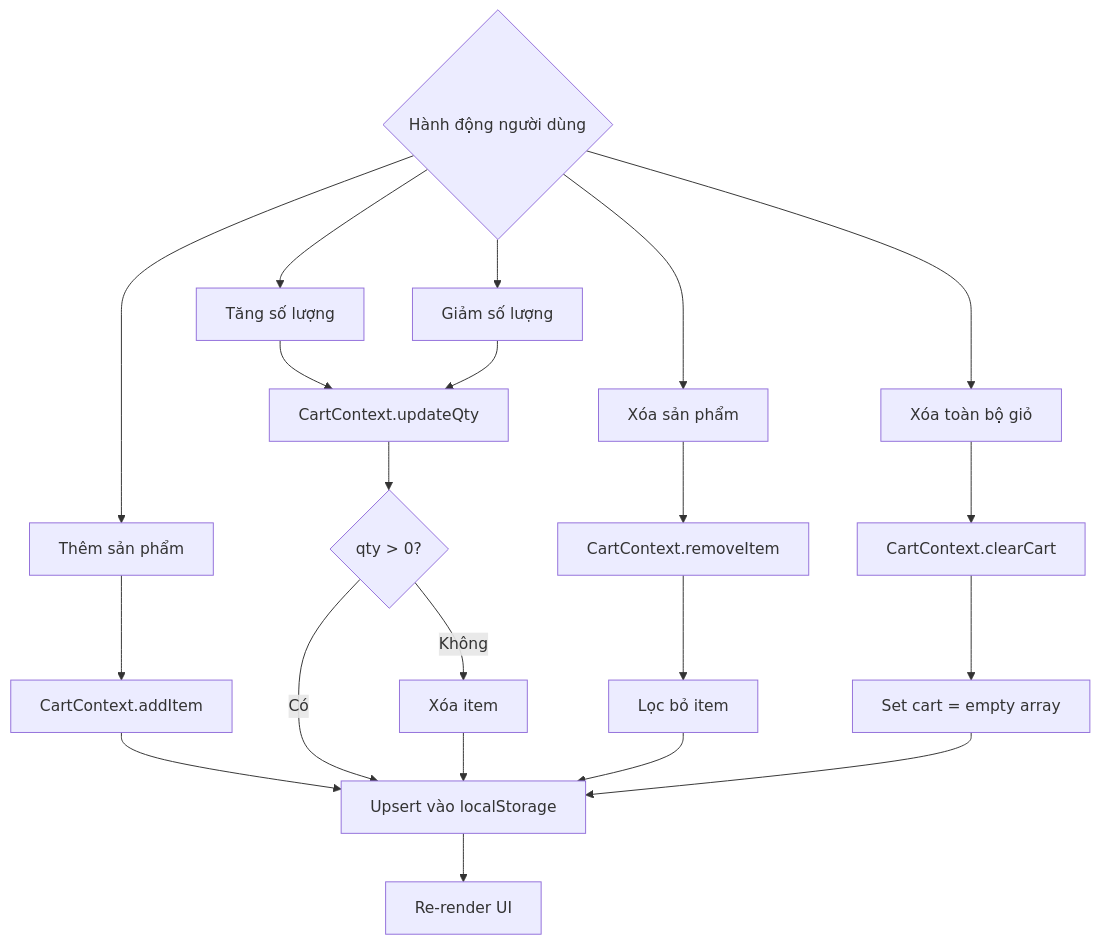
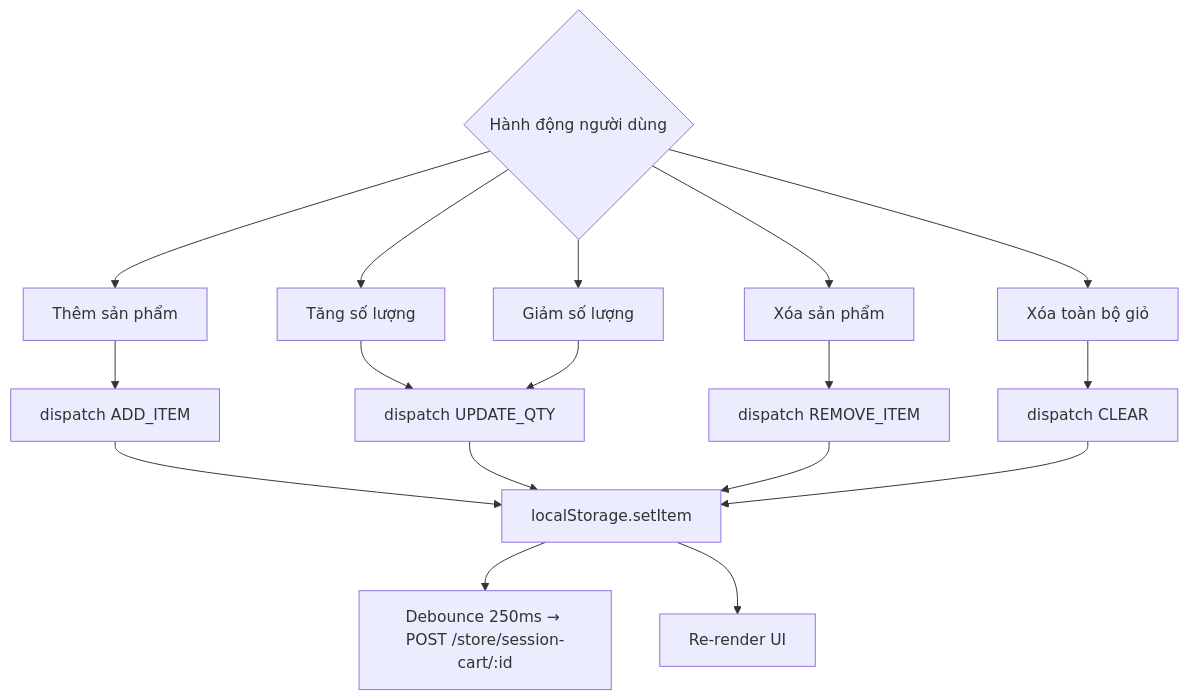
Before and after one commit to pathust/mong.fruitboxz: the second of 4 diagrams in docs/03-cart-checkout/data-flow.md, drawn with Mermaid. The commit also changed other lines of this file and 1 other file, not shown here.

````diff
--- a/docs/03-cart-checkout/data-flow.md
+++ b/docs/03-cart-checkout/data-flow.md
@@ -62,26 +66,22 @@
 ```mermaid
 flowchart TD
     A{Hành động người dùng} --> B[Thêm sản phẩm]
     A --> C[Tăng số lượng]
     A --> D[Giảm số lượng]
     A --> E[Xóa sản phẩm]
     A --> F[Xóa toàn bộ giỏ]
 
-    B --> G[CartContext.addItem]
-    C --> H[CartContext.updateQty]
+    B --> G[dispatch ADD_ITEM]
+    C --> H[dispatch UPDATE_QTY]
     D --> H
-    E --> I[CartContext.removeItem]
-    F --> J[CartContext.clearCart]
+    E --> I[dispatch REMOVE_ITEM]
+    F --> J[dispatch CLEAR]
 
-    G --> K[Upsert vào localStorage]
-    H --> L{qty > 0?}
-    L -- Có --> K
-    L -- Không --> M[Xóa item]
-    M --> K
-    I --> N[Lọc bỏ item]
-    N --> K
-    J --> O[Set cart = empty array]
-    O --> K
+    G --> K[localStorage.setItem]
+    H --> K
+    I --> K
+    J --> K
 
+    K --> L["Debounce 250ms → POST /store/session-cart/:id"]
     K --> P[Re-render UI]
 ```
````
